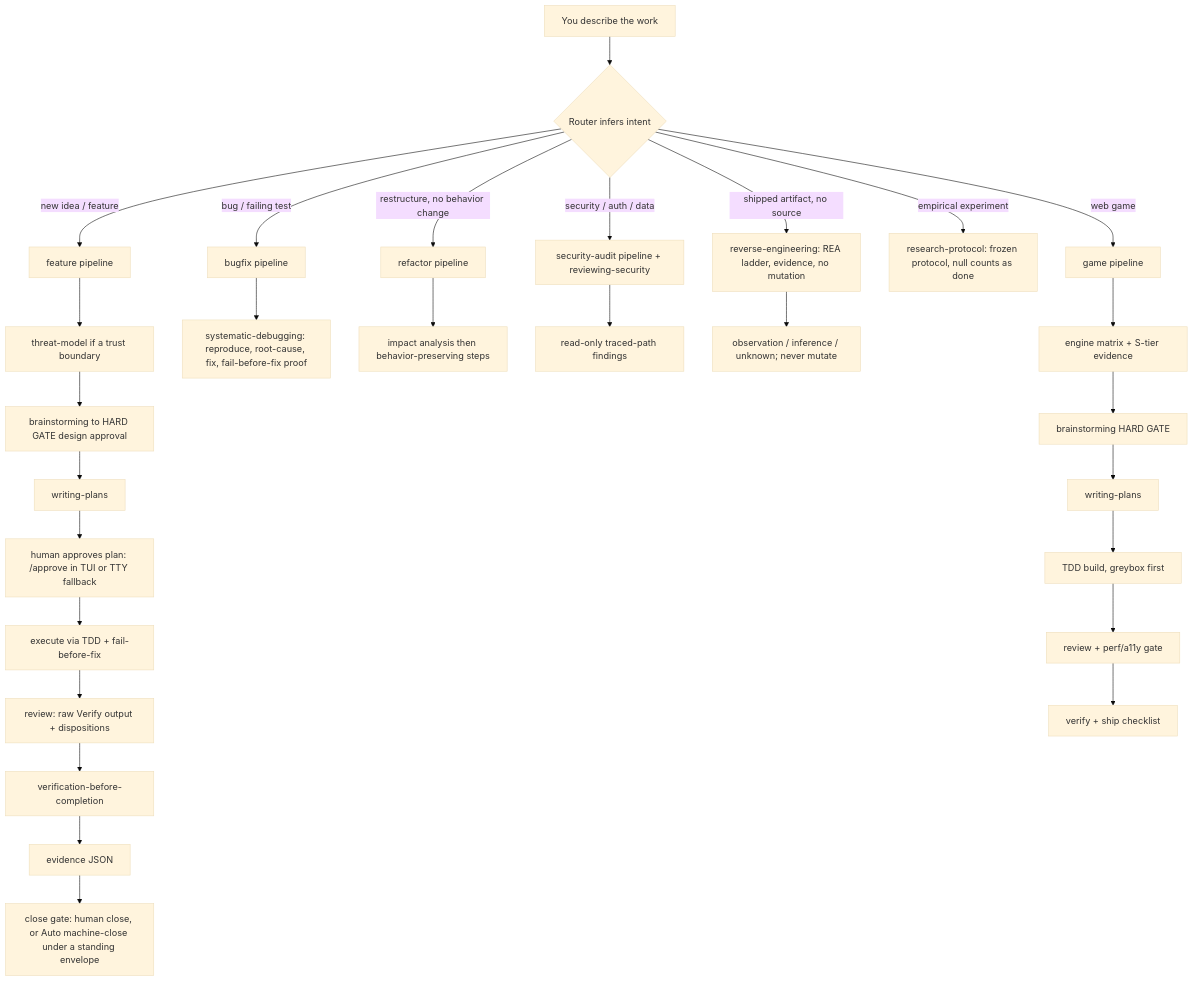
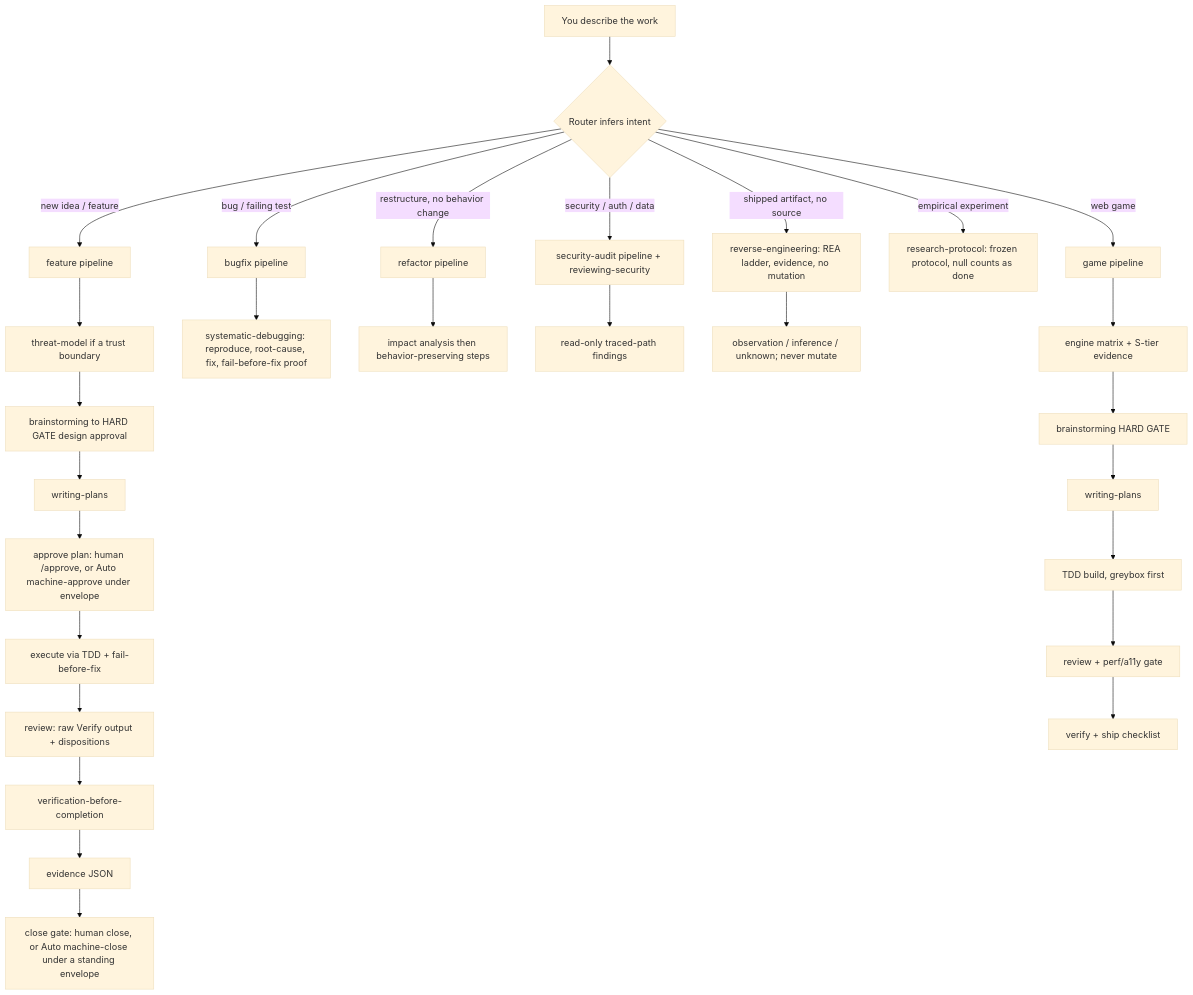
The diagram in README.md (garikipatisai-code/sdlc-lean), drawn with Mermaid (base theme) before and after one commit.

Commit message:
docs: README flow shows machine-approve path

````diff
--- a/README.md
+++ b/README.md
@@ -10,17 +10,17 @@
 ```mermaid
 flowchart TD
     U[You describe the work] --> R{Router infers intent}
     R -->|new idea / feature| F[feature pipeline]
     R -->|bug / failing test| B[bugfix pipeline]
     R -->|restructure, no behavior change| RF[refactor pipeline]
     R -->|security / auth / data| S[security-audit pipeline + reviewing-security]
     R -->|shipped artifact, no source| RE[reverse-engineering: REA ladder, evidence, no mutation]
     R -->|empirical experiment| RS[research-protocol: frozen protocol, null counts as done]
     R -->|web game| G[game pipeline]
-    F --> TH[threat-model if a trust boundary] --> FB[brainstorming to HARD GATE design approval] --> FP[writing-plans] --> HA["human approves plan: /approve in TUI or TTY fallback"] --> FI[execute via TDD + fail-before-fix] --> FR[review: raw Verify output + dispositions] --> FV[verification-before-completion] --> FE[evidence JSON] --> FC[close gate: human close, or Auto machine-close under a standing envelope]
+    F --> TH[threat-model if a trust boundary] --> FB[brainstorming to HARD GATE design approval] --> FP[writing-plans] --> HA["approve plan: human /approve, or Auto machine-approve under envelope"] --> FI[execute via TDD + fail-before-fix] --> FR[review: raw Verify output + dispositions] --> FV[verification-before-completion] --> FE[evidence JSON] --> FC[close gate: human close, or Auto machine-close under a standing envelope]
     B --> BR[systematic-debugging: reproduce, root-cause, fix, fail-before-fix proof]
     RF --> RI[impact analysis then behavior-preserving steps]
     S --> SR[read-only traced-path findings]
     RE --> RR[observation / inference / unknown; never mutate]
     G --> GB[engine matrix + S-tier evidence] --> GD[brainstorming HARD GATE] --> GP[writing-plans] --> GI[TDD build, greybox first] --> GR[review + perf/a11y gate] --> GV[verify + ship checklist]
 ```
````
